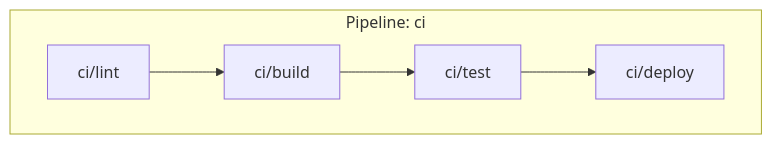
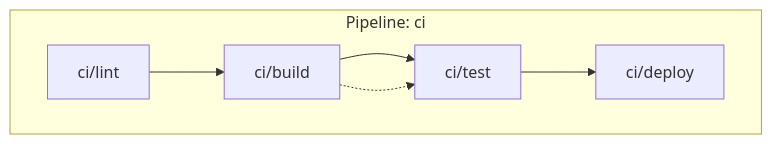
The diagram in engdocs/user/reference/graph.md (sverka-dev/sverka), drawn with Mermaid before and after one commit. The commit also changed 12 other files, not shown here.

````diff
--- a/engdocs/user/reference/graph.md
+++ b/engdocs/user/reference/graph.md
@@ -40,12 +40,17 @@
 ```mermaid
 flowchart TD
+    %% Edge legend:
+    %%   --->  solid  = control dependency (ordering)
+    %%   -.->  dashed = value dependency (output → input)
+    %%   ==>   thick  = artifact dependency (artifact output → input)
     subgraph ci["Pipeline: ci"]
         lint["ci/lint"]
         build["ci/build"]
         test["ci/test"]
         deploy["ci/deploy"]
     end
     lint --> build
     build --> test
+    build -.-> test
     test --> deploy
 ```
````
